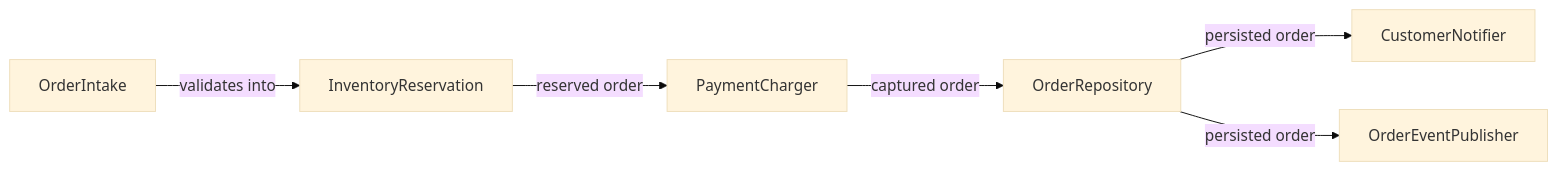
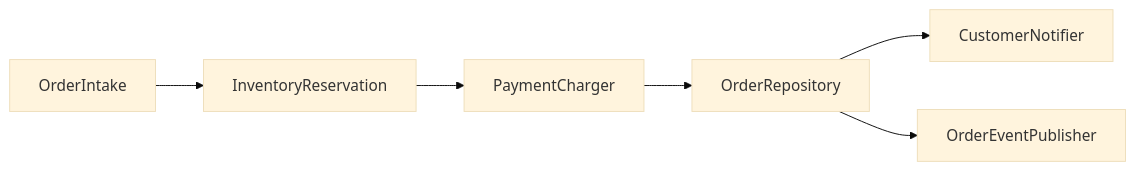
Before and after one commit to yes506/ai-driven-items: the diagram in skills/codebase-architect/references/self-verification.md, drawn with Mermaid (base theme). The commit also changed other lines of this file and 12 other files, not shown here.

````diff
--- a/skills/codebase-architect/references/self-verification.md
+++ b/skills/codebase-architect/references/self-verification.md
@@ -68,8 +71,8 @@
 ```mermaid
 graph LR
-  OrderIntake -->|validates into| InventoryReservation
-  InventoryReservation -->|reserved order| PaymentCharger
-  PaymentCharger -->|captured order| OrderRepository
-  OrderRepository -->|persisted order| CustomerNotifier
-  OrderRepository -->|persisted order| OrderEventPublisher
+  OrderIntake --> InventoryReservation
+  InventoryReservation --> PaymentCharger
+  PaymentCharger --> OrderRepository
+  OrderRepository --> CustomerNotifier
+  OrderRepository --> OrderEventPublisher
 ```
````
